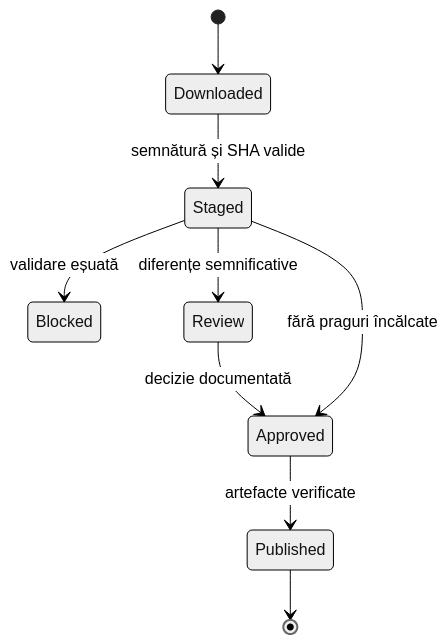
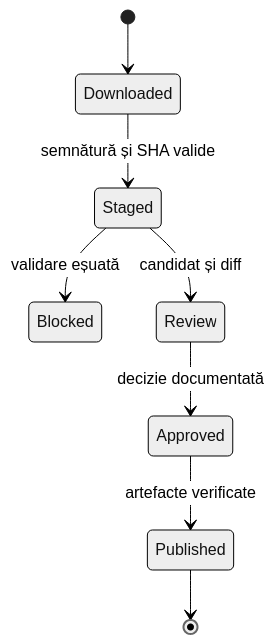
Before and after one commit to ciprian-rus/teritoriu.digital: the diagram in docs/architecture/system.md, drawn with Mermaid (neutral theme). The commit also changed other lines of this file and 44 other files, not shown here.

````diff
--- a/docs/architecture/system.md
+++ b/docs/architecture/system.md
@@ -20,11 +20,10 @@
 ```mermaid
 stateDiagram-v2
     [*] --> Downloaded
     Downloaded --> Staged: semnătură și SHA valide
     Staged --> Blocked: validare eșuată
-    Staged --> Review: diferențe semnificative
+    Staged --> Review: candidat și diff
     Review --> Approved: decizie documentată
-    Staged --> Approved: fără praguri încălcate
     Approved --> Published: artefacte verificate
     Published --> [*]
 ```
````
